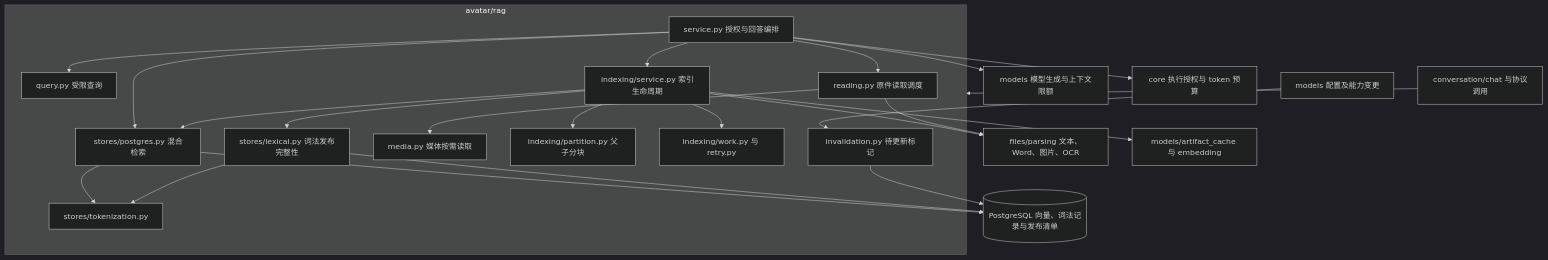
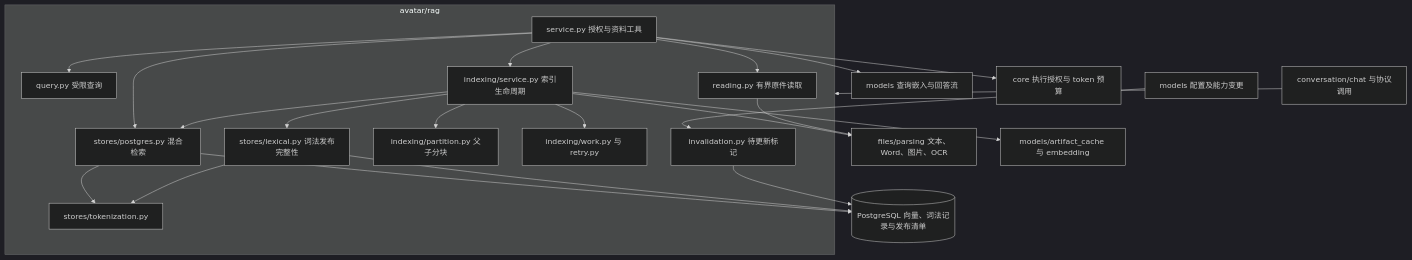
One commit to terriblepepper/personal-avatar-manager changed the first of 3 diagrams in docs/资料RAG与嵌入.md. Above: the diagram before and after it, drawn with Mermaid (dark theme). The commit also changed other lines of this file and 33 other files, not shown here.

````diff
--- a/docs/资料RAG与嵌入.md
+++ b/docs/资料RAG与嵌入.md
@@ -47,27 +47,26 @@
 ```mermaid
 flowchart TB
     CHAT[conversation/chat 与协议调用] --> RAG
     CONFIG[models 配置及能力变更] --> INVALIDATE
     subgraph RAG[avatar/rag]
-        S[service.py 授权与回答编排] --> Q[query.py 受限查询]
+        S[service.py 授权与资料工具] --> Q[query.py 受限查询]
         S --> I[indexing/service.py 索引生命周期]
         S --> C[stores/postgres.py 混合检索]
-        S --> R[reading.py 原件读取调度]
-        R --> M[media.py 媒体按需读取]
+        S --> R[reading.py 有界原件读取]
         I --> P[indexing/partition.py 父子分块]
         I --> W[indexing/work.py 与 retry.py]
         I --> C
         I --> L[stores/lexical.py 词法发布完整性]
         C --> T[stores/tokenization.py]
         L --> T
         INVALIDATE[invalidation.py 待更新标记]
     end
     I --> PARSE[files/parsing 文本、Word、图片、OCR]
     R --> PARSE
     I --> CACHE[models/artifact_cache 与 embedding]
-    S --> MODEL[models 模型生成与上下文限额]
+    S --> MODEL[models 查询嵌入与回答流]
     S --> CORE[core 执行授权与 token 预算]
     C --> SQL[(PostgreSQL 向量、词法记录与发布清单)]
     L --> SQL
     INVALIDATE --> SQL
 ```
````
